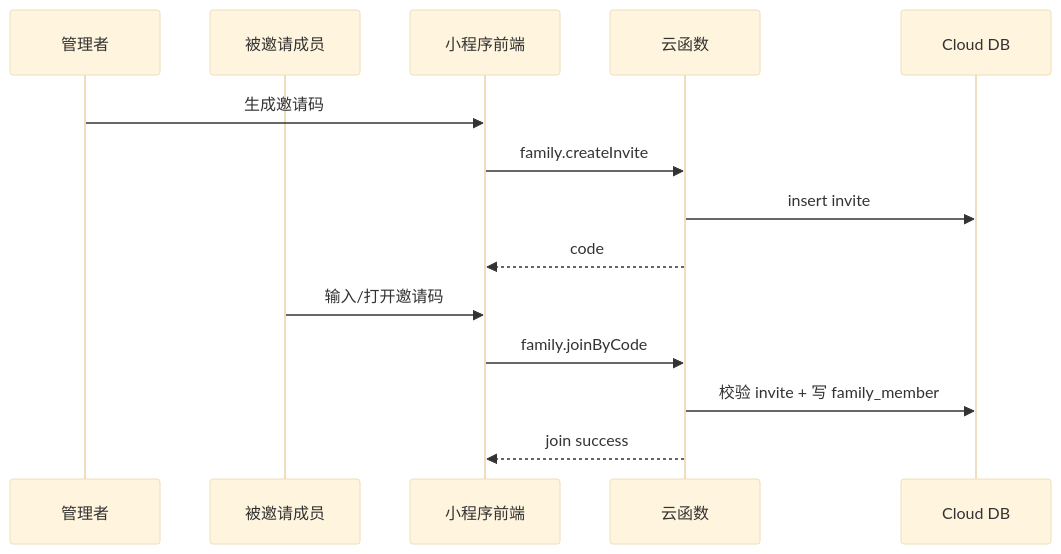
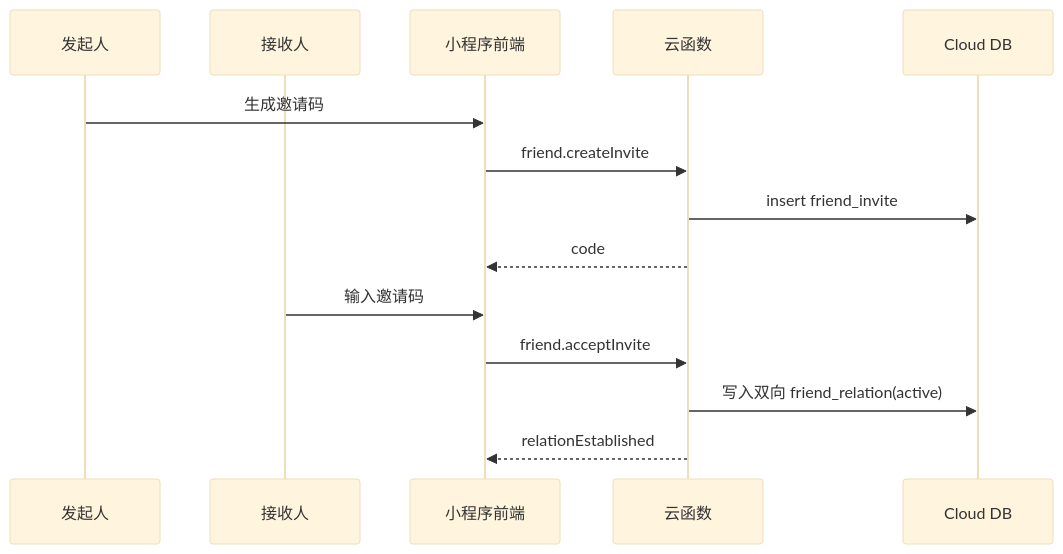
One commit to caterpi11ar/dentic changed the third of 3 diagrams in docs/tech/wechat-miniapp-kids-brushing-technical-design.md. Above: the diagram before and after it, drawn with Mermaid (base theme). The commit also changed other lines of this file and 1 other file, not shown here.

Commit message:
docs: replace family collaboration with friend leaderboard model

````diff
--- a/docs/tech/wechat-miniapp-kids-brushing-technical-design.md
+++ b/docs/tech/wechat-miniapp-kids-brushing-technical-design.md
@@ -275,18 +289,18 @@
 ```mermaid
 sequenceDiagram
-  participant A as 管理者
-  participant B as 被邀请成员
+  participant A as 发起人
+  participant B as 接收人
   participant FE as 小程序前端
   participant CF as 云函数
   participant DB as Cloud DB
 
   A->>FE: 生成邀请码
-  FE->>CF: family.createInvite
-  CF->>DB: insert invite
+  FE->>CF: friend.createInvite
+  CF->>DB: insert friend_invite
   CF-->>FE: code
 
-  B->>FE: 输入/打开邀请码
-  FE->>CF: family.joinByCode
-  CF->>DB: 校验 invite + 写 family_member
-  CF-->>FE: join success
+  B->>FE: 输入邀请码
+  FE->>CF: friend.acceptInvite
+  CF->>DB: 写入双向 friend_relation(active)
+  CF-->>FE: relationEstablished
 ```
````
